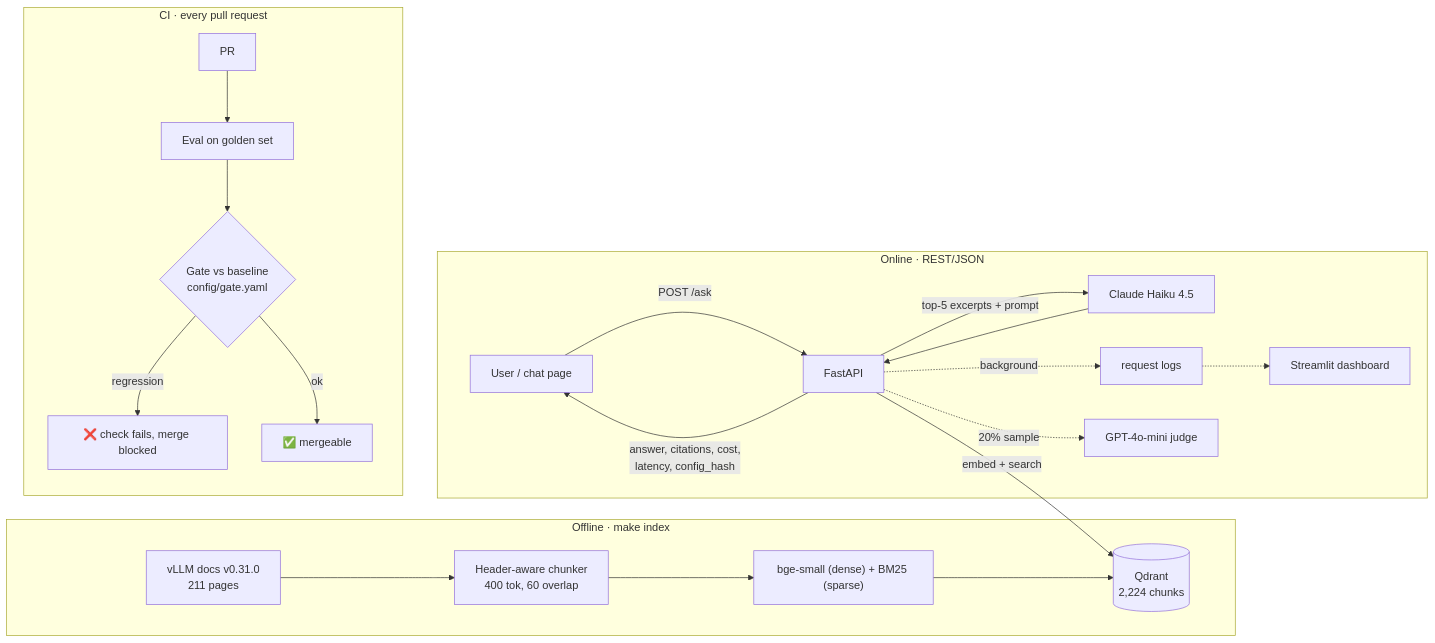
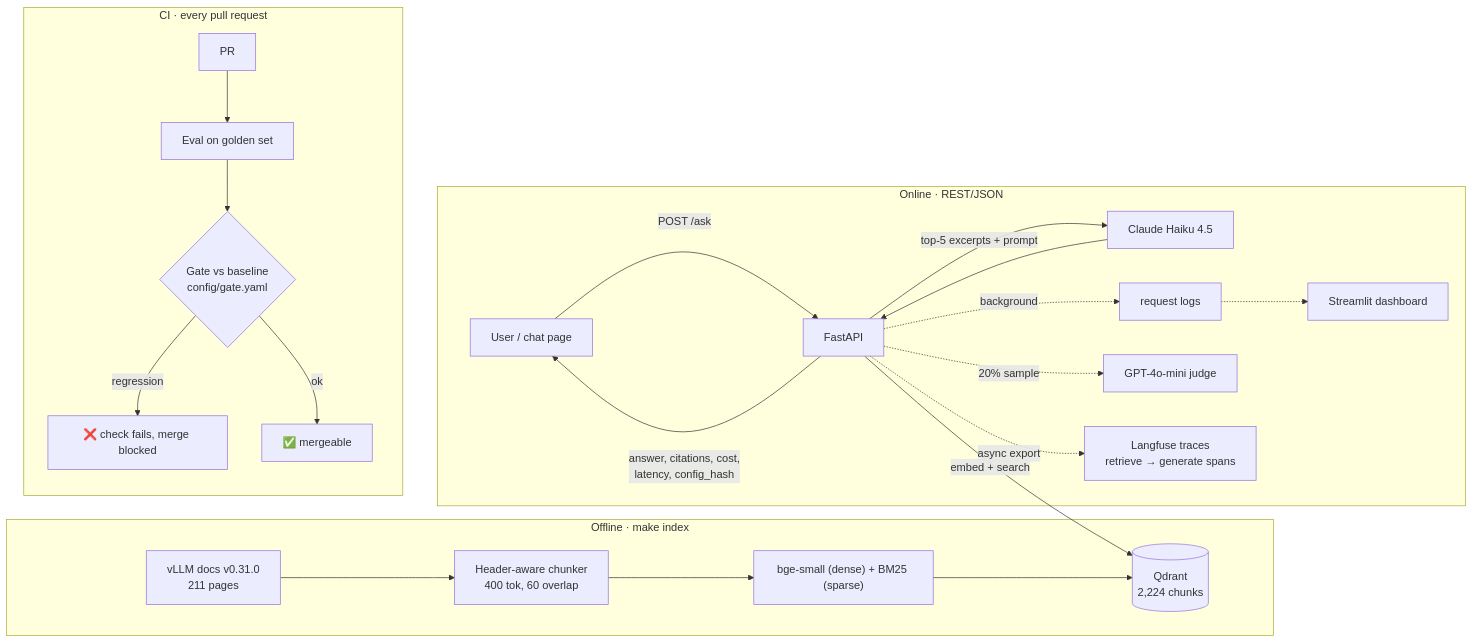
Before and after one commit to harsh-kumar-patwa/sst-mlops-project: the diagram in README.md, drawn with Mermaid. The commit also changed other lines of this file and 6 other files, not shown here.

Commit message:
Add Langfuse tracing with per-stage spans and quality scores

````diff
--- a/README.md
+++ b/README.md
@@ -25,22 +25,23 @@
 ```mermaid
 flowchart LR
   subgraph OFFLINE["Offline · make index"]
     D["vLLM docs v0.31.0<br/>211 pages"] --> C["Header-aware chunker<br/>400 tok, 60 overlap"]
     C --> E["bge-small (dense) + BM25 (sparse)"]
     E --> Q[("Qdrant<br/>2,224 chunks")]
   end
   subgraph ONLINE["Online · REST/JSON"]
     U["User / chat page"] -- "POST /ask" --> A["FastAPI"]
     A -- "embed + search" --> Q
     A -- "top-5 excerpts + prompt" --> L["Claude Haiku 4.5"]
     L --> A
     A -- "answer, citations, cost,<br/>latency, config_hash" --> U
     A -. "background" .-> LOG["request logs"] -.-> DASH["Streamlit dashboard"]
     A -. "20% sample" .-> J["GPT-4o-mini judge"]
+    A -. "async export" .-> LF["Langfuse traces<br/>retrieve → generate spans"]
   end
   subgraph CI["CI · every pull request"]
     PR["PR"] --> EV["Eval on golden set"] --> G{"Gate vs baseline<br/>config/gate.yaml"}
     G -- "regression" --> X["❌ check fails, merge blocked"]
     G -- "ok" --> OK["✅ mergeable"]
   end
 ```
````
